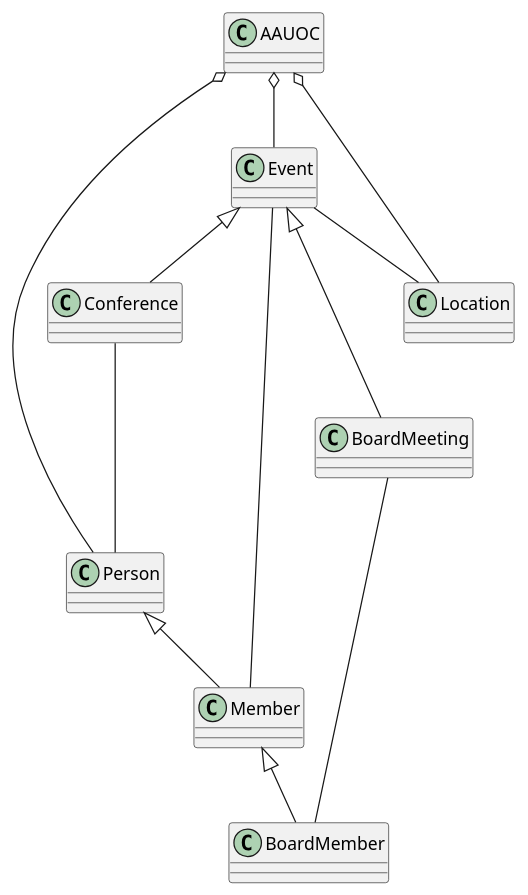
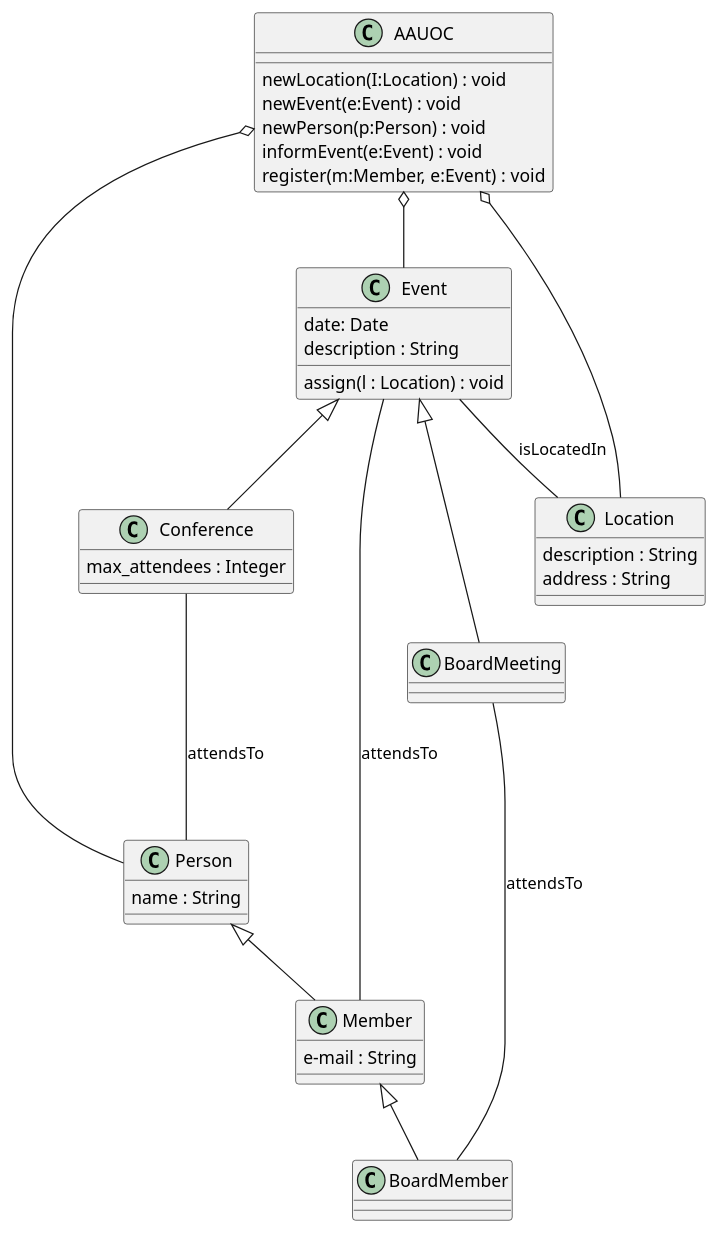
One commit to NuriaSan/UMLClases_NuriaSanchez changed the diagram in src/UMLClases_NuriaSanchez.puml. Above: the diagram before and after it, drawn with PlantUML.

Commit message:
Inclusion de atributos y métodos

```diff
--- a/src/UMLClases_NuriaSanchez.puml
+++ b/src/UMLClases_NuriaSanchez.puml
@@ -1,19 +1,45 @@
 @startuml
+Class AAUOC{
+newLocation(I:Location) : void
+newEvent(e:Event) : void
+newPerson(p:Person) : void
+informEvent(e:Event) : void
+register(m:Member, e:Event) : void
+}
+Class Person{
+name : String
+}
+Class Location{
+description : String
+address : String
+}
+Class Event{
+date: Date
+description : String
+assign(l : Location) : void
+}
+Class Member{
+e-mail : String
+}
+Class Conference{
+max_attendees : Integer
+}
+
 Event <|-- Conference
 Event <|-- BoardMeeting
 
-Event -- Location
-Event -- Member
+Event -- Location : isLocatedIn
+Event -- Member : attendsTo
 
 Person <|-- Member
 Member <|-- BoardMember
 
 AAUOC o-- Event
 AAUOC o-- Person
 AAUOC o-- Location
 
-Conference --- Person
+Conference --- Person : attendsTo
 
-BoardMeeting --- BoardMember
+BoardMeeting --- BoardMember : attendsTo
 
 @enduml
```
